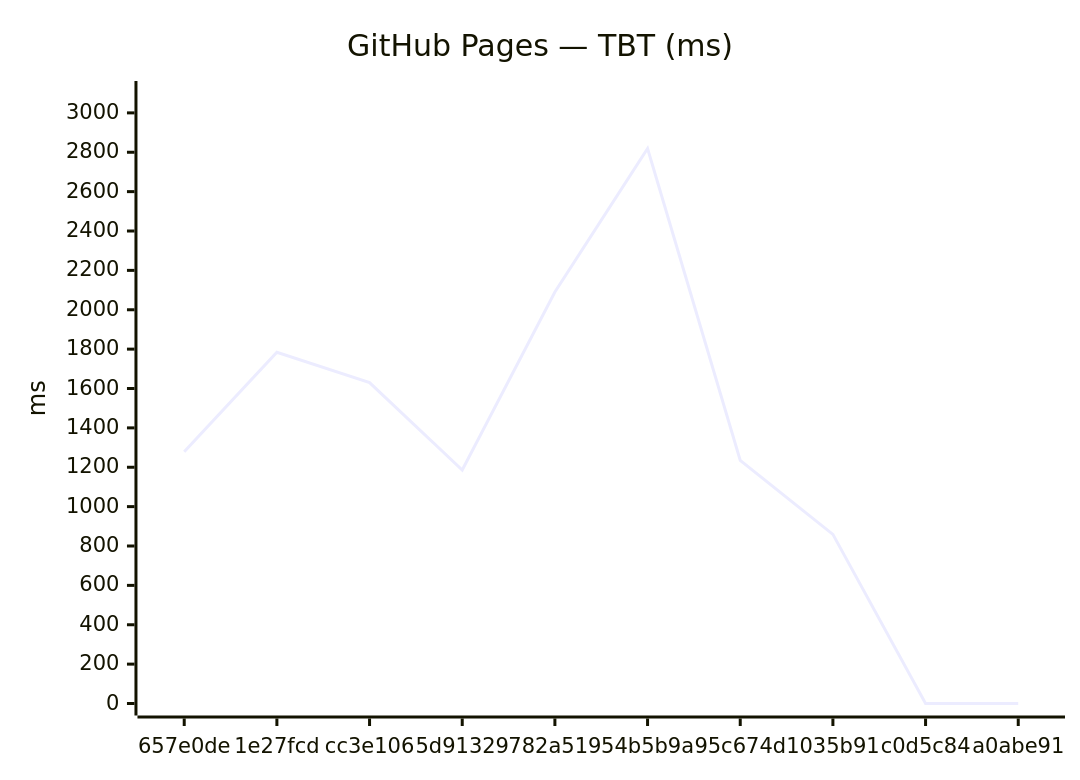
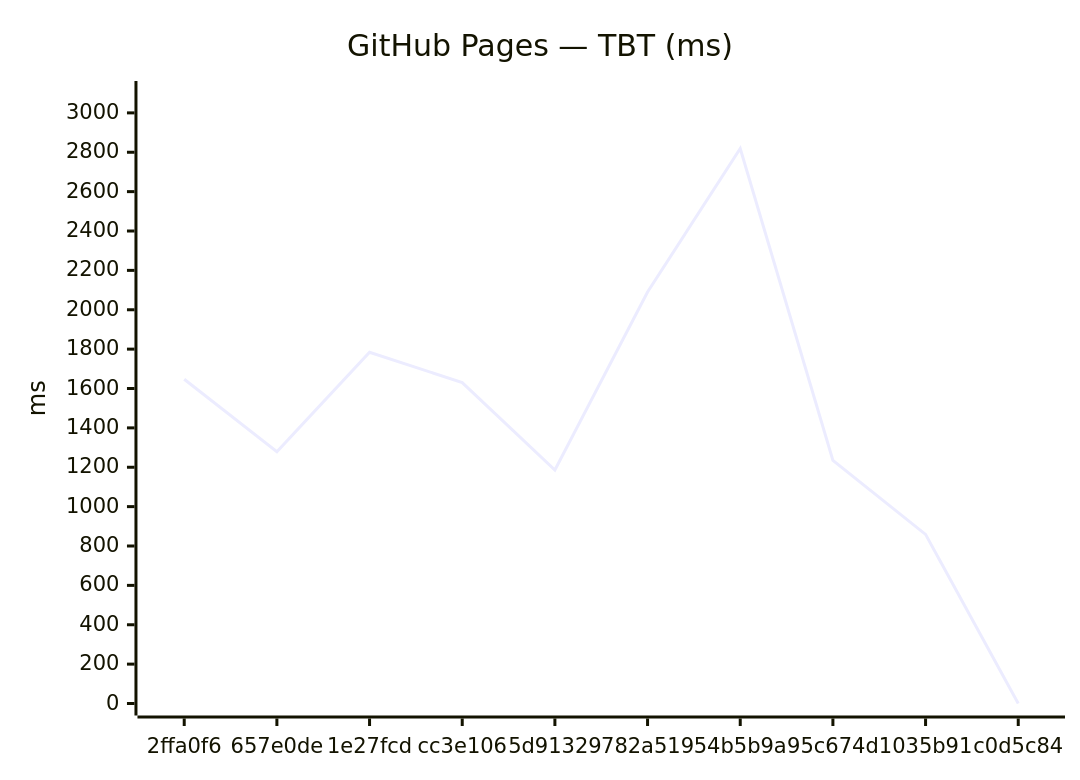
The fourth of 18 diagrams in benchmarks/compare.md (Metaheurist/Rianell), drawn with Mermaid before and after one commit. The commit also changed other lines of this file and 11 other files, not shown here.

````diff
--- a/benchmarks/compare.md
+++ b/benchmarks/compare.md
@@ -61,7 +61,7 @@
 ```mermaid
 xychart-beta
     title "GitHub Pages — TBT (ms)"
-    x-axis ["657e0de", "1e27fcd", "cc3e106", "5d91329", "782a519", "54b5b9a", "95c674d", "1035b91", "c0d5c84", "a0abe91"]
+    x-axis ["2ffa0f6", "657e0de", "1e27fcd", "cc3e106", "5d91329", "782a519", "54b5b9a", "95c674d", "1035b91", "c0d5c84"]
     y-axis "ms" 0 --> 3101
-    line [1279, 1784, 1630, 1186, 2090, 2819, 1235, 859, 0, 0]
+    line [1647, 1279, 1784, 1630, 1186, 2090, 2819, 1235, 859, 0]
 ```
````
